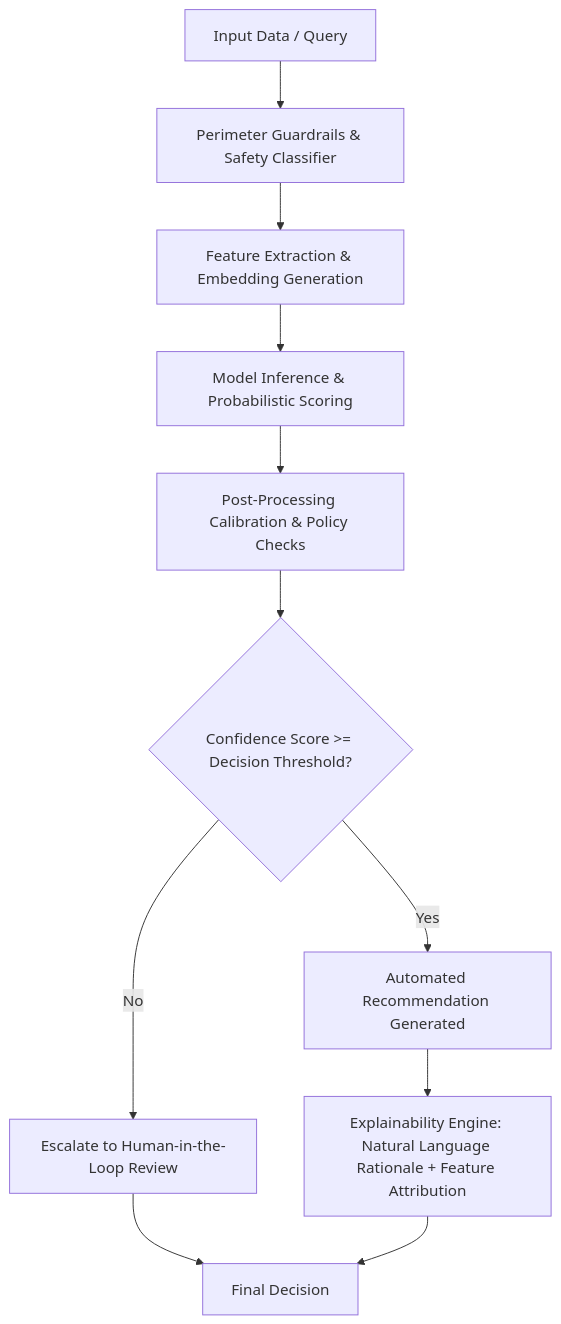
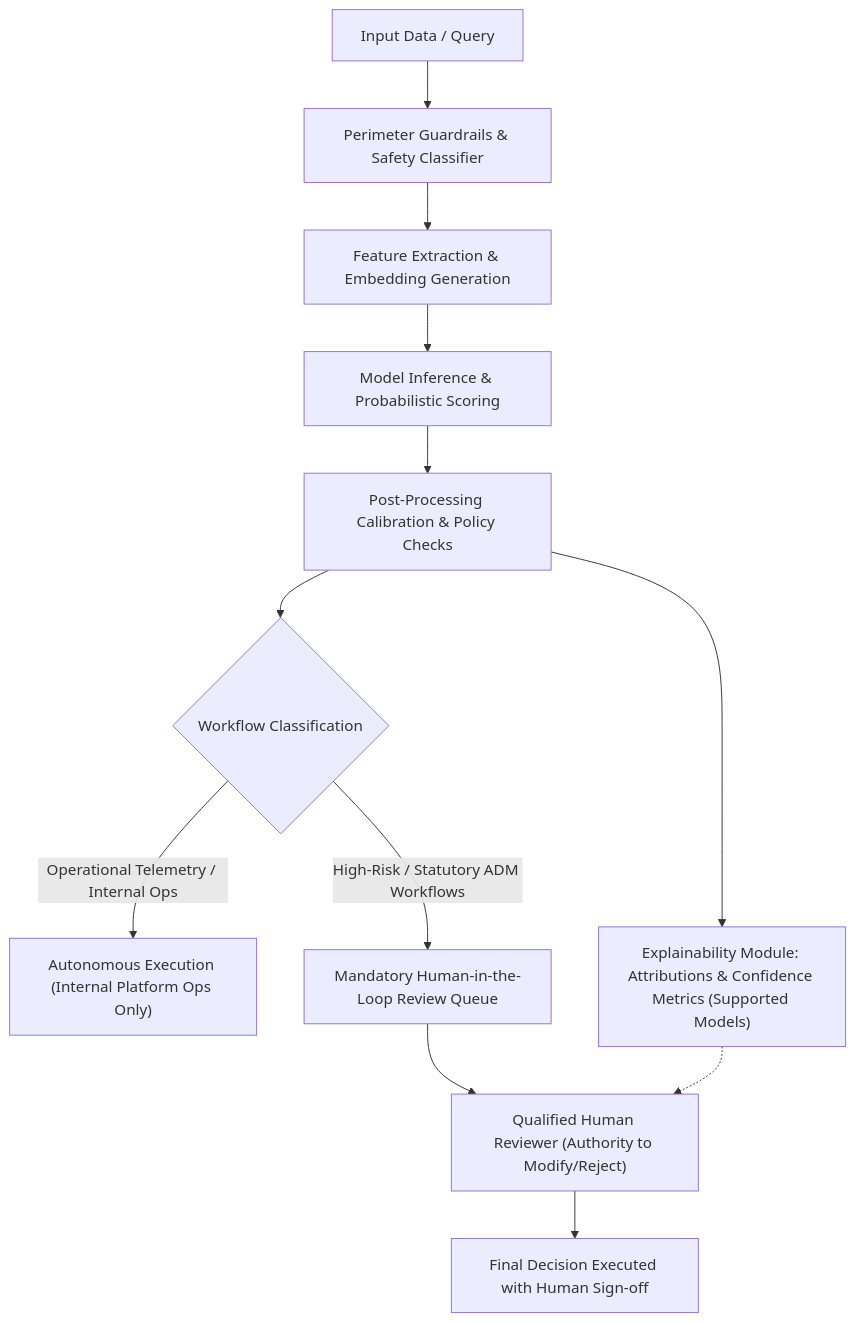
One commit to Auctoric/auctoric-compliance-framework changed the diagram in docs/ai-governance/automated-decision-making-notice.md. Above: the diagram before and after it, drawn with Mermaid. The commit also changed other lines of this file and 20 other files, not shown here.

````diff
--- a/docs/ai-governance/automated-decision-making-notice.md
+++ b/docs/ai-governance/automated-decision-making-notice.md
@@ -43,13 +43,17 @@
 ```mermaid
 flowchart TD
     Input["Input Data / Query"] --> Guard["Perimeter Guardrails & Safety Classifier"]
     Guard --> Feat["Feature Extraction & Embedding Generation"]
     Feat --> Model["Model Inference & Probabilistic Scoring"]
     Model --> Post["Post-Processing Calibration & Policy Checks"]
-    Post --> Threshold{"Confidence Score >= Decision Threshold?"}
-    Threshold -- Yes --> Auto["Automated Recommendation Generated"]
-    Threshold -- No --> HITL["Escalate to Human-in-the-Loop Review"]
-    Auto --> Rationale["Explainability Engine: Natural Language Rationale + Feature Attribution"]
-    HITL --> Decision["Final Decision"]
-    Rationale --> Decision
+    Post --> Triage{"Workflow Classification"}
+    
+    Triage -- "Operational Telemetry / Internal Ops" --> Auto["Autonomous Execution (Internal Platform Ops Only)"]
+    Triage -- "High-Risk / Statutory ADM Workflows" --> HITLQueue["Mandatory Human-in-the-Loop Review Queue"]
+    
+    HITLQueue --> Reviewer["Qualified Human Reviewer (Authority to Modify/Reject)"]
+    Reviewer --> FinalDecision["Final Decision Executed with Human Sign-off"]
+    
+    Post --> Explain["Explainability Module: Attributions & Confidence Metrics (Supported Models)"]
+    Explain -.-> Reviewer
 ```
````
